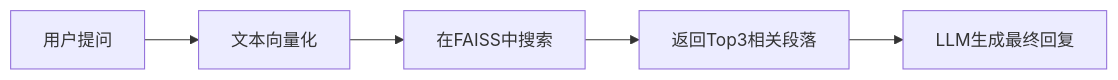
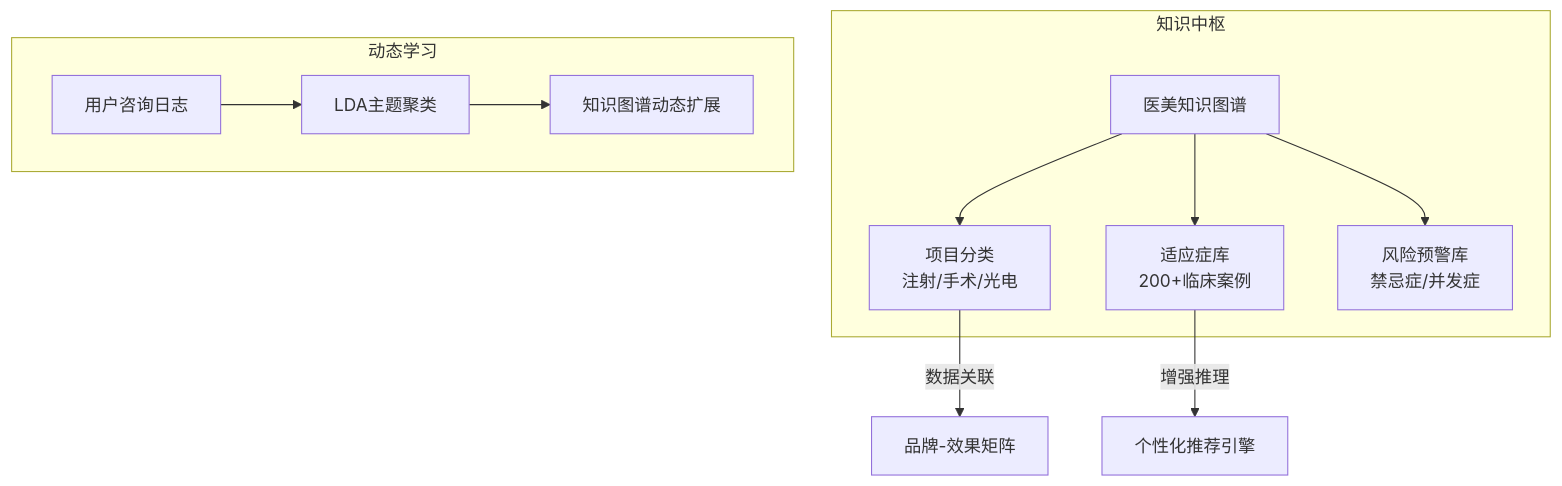
The third of 9 diagrams in _posts/2025-04-10-一种客服咨询类Agent设计方案.md (thedeathsheep/pocaster.github.io), drawn with Mermaid before and after one commit. The commit also changed other lines of this file and 2 other files, not shown here.

```diff
--- a/_posts/2025-04-10-一种客服咨询类Agent设计方案.md
+++ b/_posts/2025-04-10-一种客服咨询类Agent设计方案.md
@@ -75,7 +87,16 @@
-  <div class="mermaid">
-  flowchart LR
-    A["用户提问"] --> B["文本向量化"]
-    B --> C["在FAISS中搜索"]
-    C --> D["返回Top3相关段落"]
-    D --> E["LLM生成最终回复"]
-  </div>
+<div class="mermaid">
+flowchart TB
+    subgraph 知识中枢
+        A[医美知识图谱] --> B["项目分类<br>注射/手术/光电"]
+        A --> C["适应症库<br>200+临床案例"]
+        A --> D["风险预警库<br>禁忌症/并发症"]
+    end
+
+    subgraph 动态学习
+        E[用户咨询日志] --> F["LDA主题聚类"]
+        F --> G["知识图谱动态扩展"]
+    end
+
+    B -->|数据关联| H[品牌-效果矩阵]
+    C -->|增强推理| I[个性化推荐引擎]
+</div>
```
